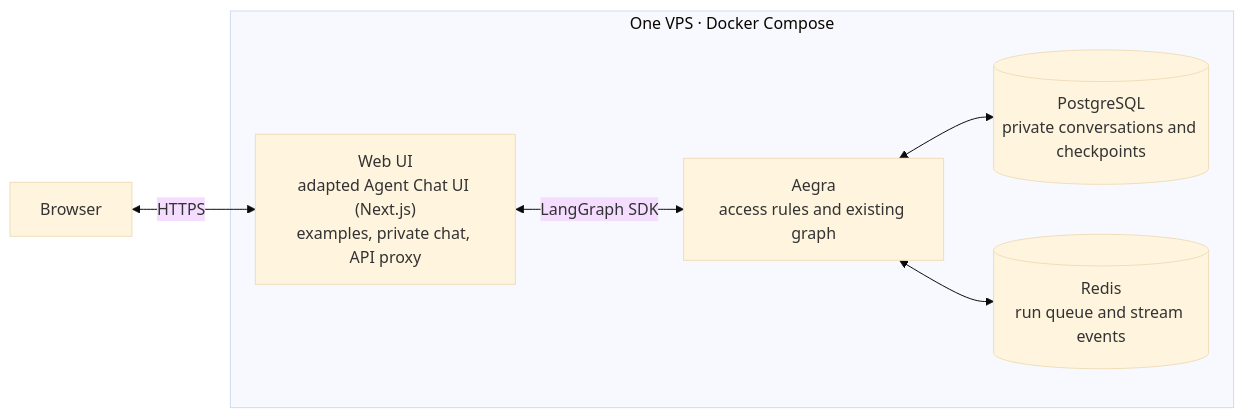
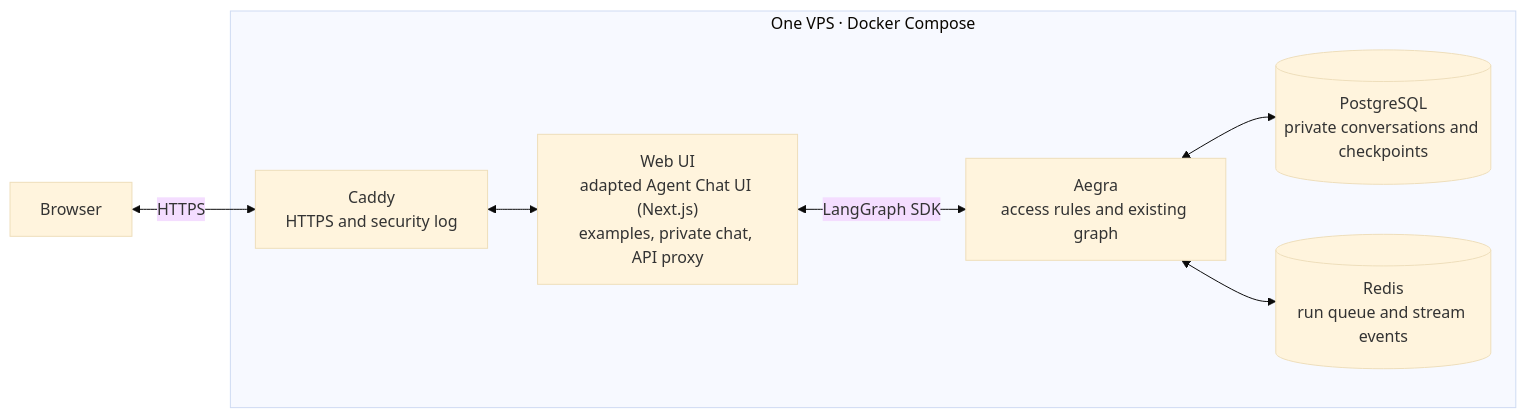
Before and after one commit to avashchenkov/out-of-frame: the diagram in docs/demo-architecture.md, drawn with Mermaid (base theme). The commit also changed other lines of this file and 12 other files, not shown here.

````diff
--- a/docs/demo-architecture.md
+++ b/docs/demo-architecture.md
@@ -13,14 +13,16 @@
 ```mermaid
 flowchart LR
     B["Browser"]
     subgraph VPS["One VPS · Docker Compose"]
+        C["Caddy<br/>HTTPS and security log"]
         UI["Web UI<br/>adapted Agent Chat UI (Next.js)<br/>examples, private chat, API proxy"]
         API["Aegra<br/>access rules and existing graph"]
         DB[("PostgreSQL<br/>private conversations and checkpoints")]
         R[("Redis<br/>run queue and stream events")]
         UI <-->|"LangGraph SDK"| API
         API <--> DB
         API <--> R
     end
-    B <-->|"HTTPS"| UI
+    B <-->|"HTTPS"| C
+    C <--> UI
 ```
````
